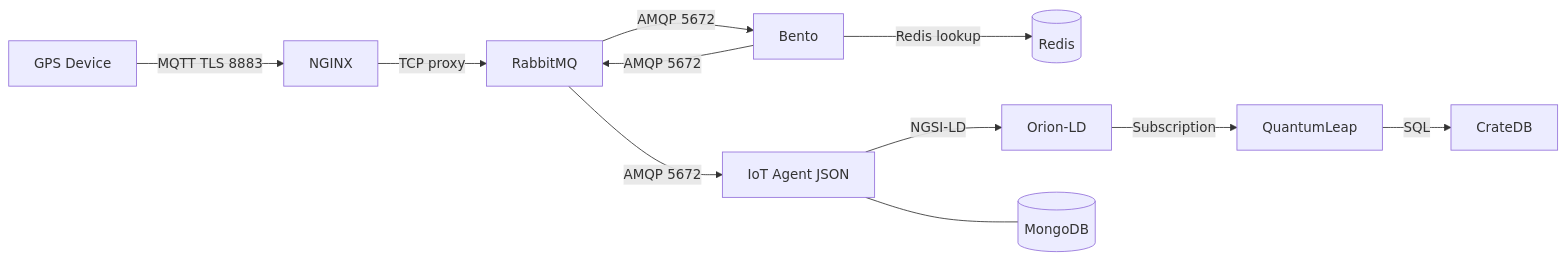
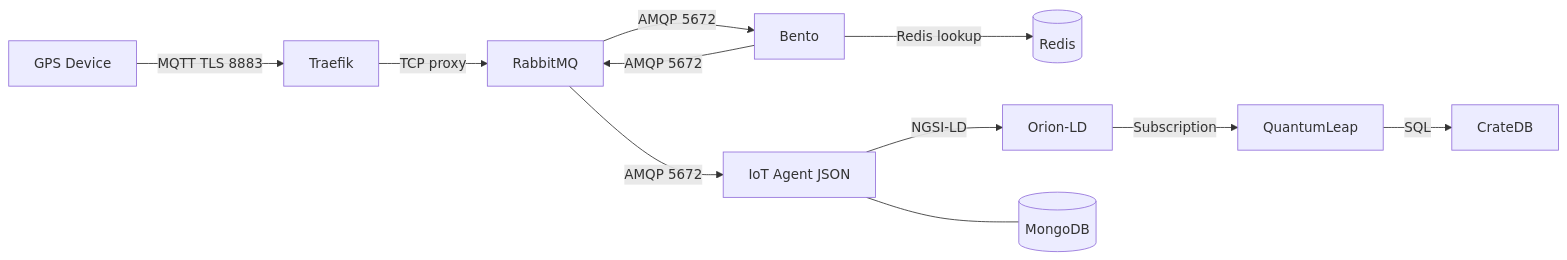
The diagram in dataflow/README.md (OS2sandbox/gps-connector), drawn with Mermaid before and after one commit. The commit also changed other lines of this file and 28 other files, not shown here.

````diff
--- a/dataflow/README.md
+++ b/dataflow/README.md
@@ -7,13 +7,13 @@
 ```mermaid
 graph LR
-    A[GPS Device] -->|MQTT TLS 8883| N[NGINX]
+    A[GPS Device] -->|MQTT TLS 8883| N[Traefik]
     N -->|TCP proxy| B[RabbitMQ]
     B -->|AMQP 5672| C[Bento]
     C -->|Redis lookup| J[(Redis)]
     C -->|AMQP 5672| B
     B -->|AMQP 5672| D[IoT Agent JSON]
     D -->|NGSI-LD| E[Orion-LD]
     E -->|Subscription| F[QuantumLeap]
     F -->|SQL| G[CrateDB]
     D --- H[(MongoDB)]
 ```
````
